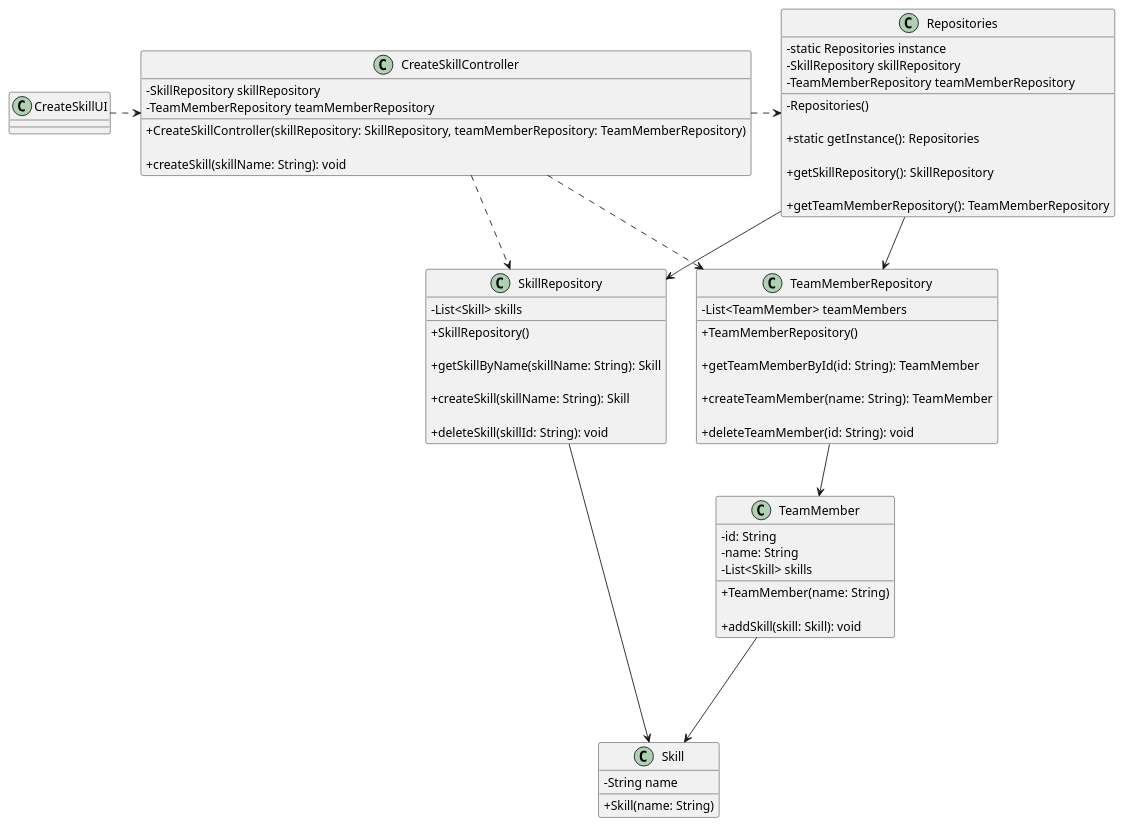
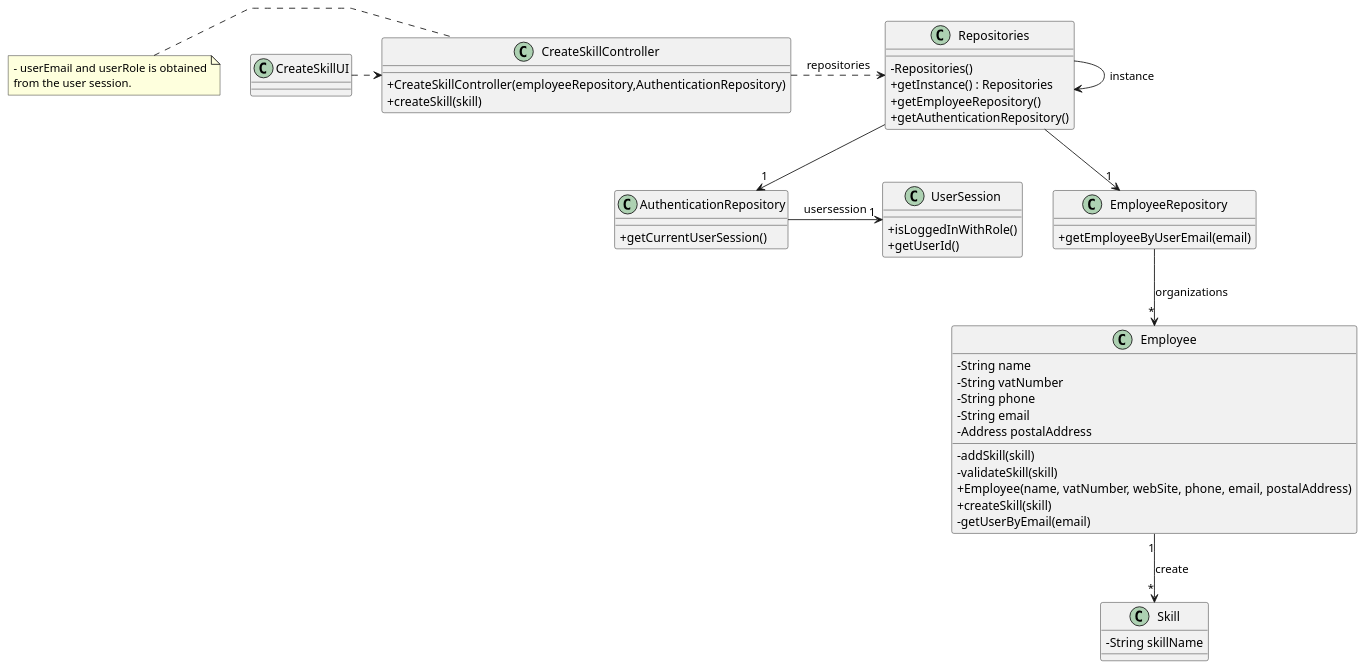
Before and after one commit to Mendoncaa/LAPR2: the diagram in docs/sprintC/us001/03.design/puml/us001-class-diagram.puml, drawn with PlantUML. The commit also changed 3 other files, not shown here.

Commit message:
Update US01 class diagram

```diff
--- a/docs/sprintC/us001/03.design/puml/us001-class-diagram.puml
+++ b/docs/sprintC/us001/03.design/puml/us001-class-diagram.puml
@@ -1,108 +1,83 @@
 @startuml
 'skinparam monochrome true
 skinparam packageStyle rectangle
 skinparam shadowing false
 skinparam linetype polyline
 'skinparam linetype orto
 
 skinparam classAttributeIconSize 0
 
 'left to right direction
 
 class CreateSkillUI {
 }
 
 class CreateSkillController {
-    - SkillRepository skillRepository
-    - TeamMemberRepository teamMemberRepository
+    + CreateSkillController(employeeRepository,AuthenticationRepository)
+    + createSkill(skill)
 
-    'Constructor to initialize the controller with the SkillRepository and TeamMemberRepository'
-    + CreateSkillController(skillRepository: SkillRepository, teamMemberRepository: TeamMemberRepository)
-
-    'Method for creating a new skill'
-    + createSkill(skillName: String): void
 }
 
 class Repositories {
-    - static Repositories instance
-    - SkillRepository skillRepository
-    - TeamMemberRepository teamMemberRepository
-
-    'Private constructor to implement the Singleton pattern'
     - Repositories()
-
-    'Method to get Singleton instance from Repositories'
-    + static getInstance(): Repositories
-
-    'Method to obtain the skills repository'
-    + getSkillRepository(): SkillRepository
-
-    'Method to get team members repository'
-    + getTeamMemberRepository(): TeamMemberRepository
+    + getInstance() : Repositories
+    + getEmployeeRepository()
+    + getAuthenticationRepository()
 }
 
-class SkillRepository {
-    - List<Skill> skills
-
-    'Constructor to initialize the skills repository'
-    + SkillRepository()
-
-    'Returns a skill based on its name'
-    + getSkillByName(skillName: String): Skill
-
-    'Create a new skill and add it to the repository'
-    + createSkill(skillName: String): Skill
-
-    'Remove a skill from the repository'
-    + deleteSkill(skillId: String): void
+class AuthenticationRepository
+{
+    + getCurrentUserSession()
 }
 
-class TeamMemberRepository {
-    - List<TeamMember> teamMembers
-
-    'Constructor to initialize the team member repository'
-    + TeamMemberRepository()
-
-    'Returns a team member based on their ID'
-    + getTeamMemberById(id: String): TeamMember
-
-    'Creates a new team member and adds it to the repository'
-    + createTeamMember(name: String): TeamMember
-
-    'Remove a team member from the repository'
-    + deleteTeamMember(id: String): void
+class UserSession
+{
+    + isLoggedInWithRole()
+    + getUserId()
 }
 
-class TeamMember {
-    - id: String
-    - name: String
-    - List<Skill> skills
 
-    'Constructor to create a new team member'
-    + TeamMember(name: String)
+class Employee {
+    - String name
+    - String vatNumber
+    - String phone
+    - String email
+    - Address postalAddress
+    - addSkill(skill)
+    - validateSkill(skill)
+    + Employee(name, vatNumber, webSite, phone, email, postalAddress)
+    + createSkill(skill)
+    - getUserByEmail(email)
 
-    'Method for adding a skill to a team member'
-    + addSkill(skill: Skill): void
 }
 
-class Skill {
-    - String name
 
-    'Constructor to create a new skill'
-    + Skill(name: String)
+class EmployeeRepository {
+    + getEmployeeByUserEmail(email)
 }
 
-CreateSkillUI .> CreateSkillController
-CreateSkillController .> Repositories
-CreateSkillController .> SkillRepository
-CreateSkillController .> TeamMemberRepository
-Repositories --> SkillRepository
-Repositories --> TeamMemberRepository
-SkillRepository --> Skill
-TeamMemberRepository --> TeamMember
-TeamMember ---> Skill
+
+class Skill {
+    - String skillName
+}
+
+note left of CreateSkillController
+    - userEmail and userRole is obtained
+    from the user session.
+end note
 
 
 
 
+Repositories -> Repositories : instance
+CreateSkillUI .> CreateSkillController
+CreateSkillController .> Repositories : repositories
+Repositories --> "1" EmployeeRepository
+EmployeeRepository --> "*" Employee : organizations
+AuthenticationRepository -> "1" UserSession : usersession
+Repositories --> "1" AuthenticationRepository
+Employee "1" --> "*" Skill : create
+
+
+
 @enduml
```
